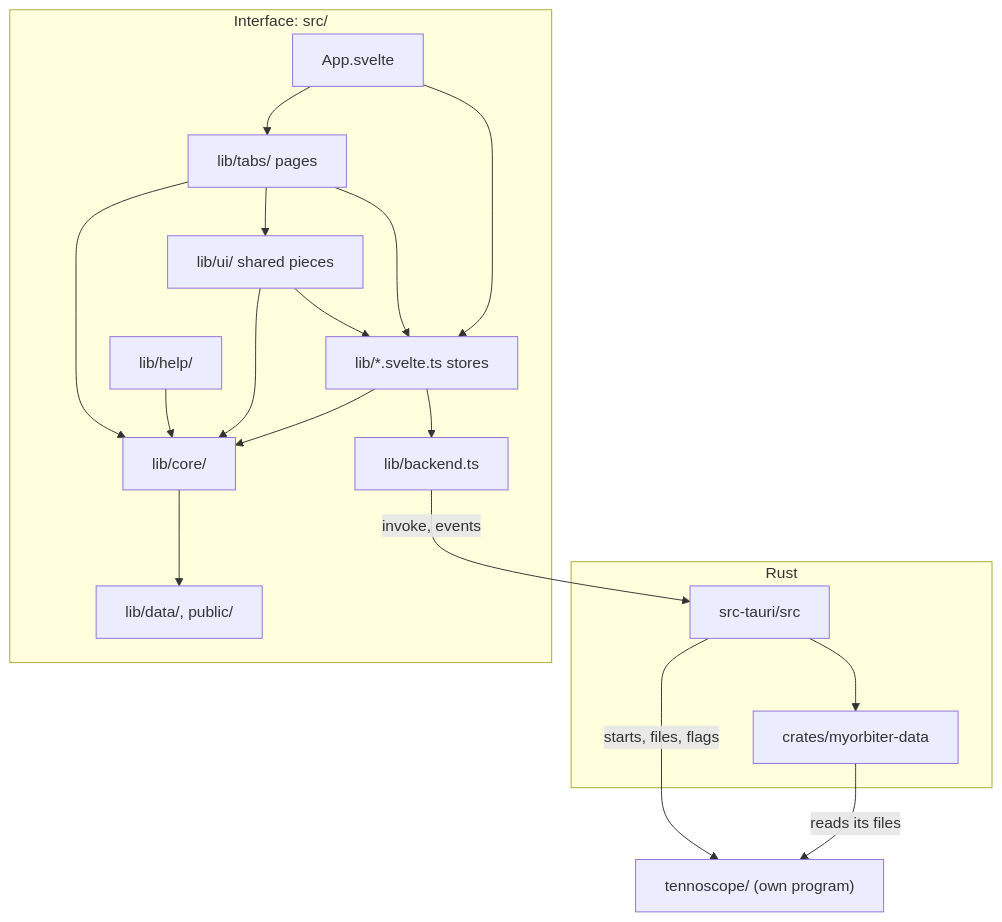
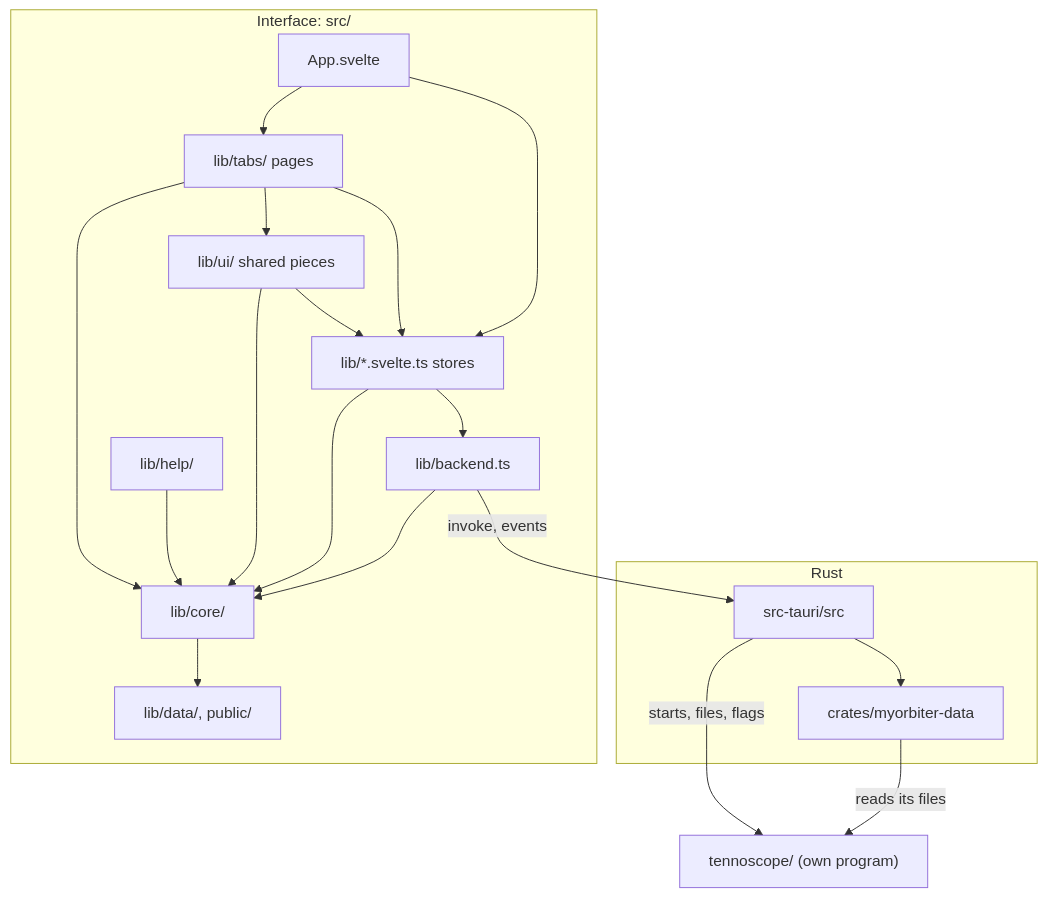
One commit to ShezissSnake/myorbiter changed the first of 6 diagrams in docs/architecture.md. Above: the diagram before and after it, drawn with Mermaid. The commit also changed other lines of this file, not shown here.

First line of the commit message:
Correct the architecture overview after a second pass over the code

````diff
--- a/docs/architecture.md
+++ b/docs/architecture.md
@@ -13,33 +13,34 @@
 ```mermaid
 flowchart TB
   subgraph rust["Rust"]
     data["crates/myorbiter-data"]
     app["src-tauri/src"]
   end
   subgraph ui["Interface: src/"]
     bridge["lib/backend.ts"]
     core["lib/core/"]
     stores["lib/*.svelte.ts stores"]
     shell["App.svelte"]
     tabs["lib/tabs/ pages"]
     shared["lib/ui/ shared pieces"]
     help["lib/help/"]
     bundled["lib/data/, public/"]
   end
   ts["tennoscope/ (own program)"]
   app --> data
   bridge -->|"invoke, events"| app
+  bridge --> core
   stores --> bridge
   stores --> core
   shell --> stores
   shell --> tabs
   tabs --> stores
   tabs --> shared
   tabs --> core
   shared --> stores
   shared --> core
   help --> core
   core --> bundled
   app -->|"starts, files, flags"| ts
   data -->|"reads its files"| ts
 ```
````
